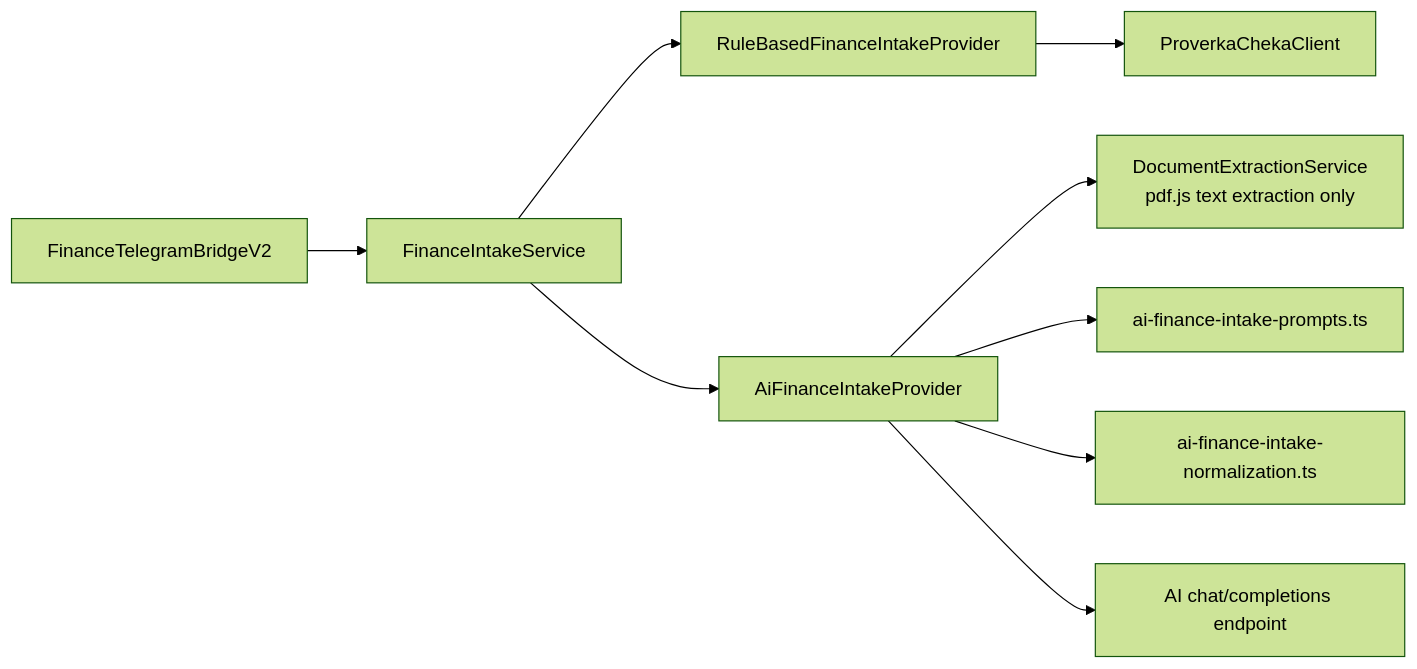
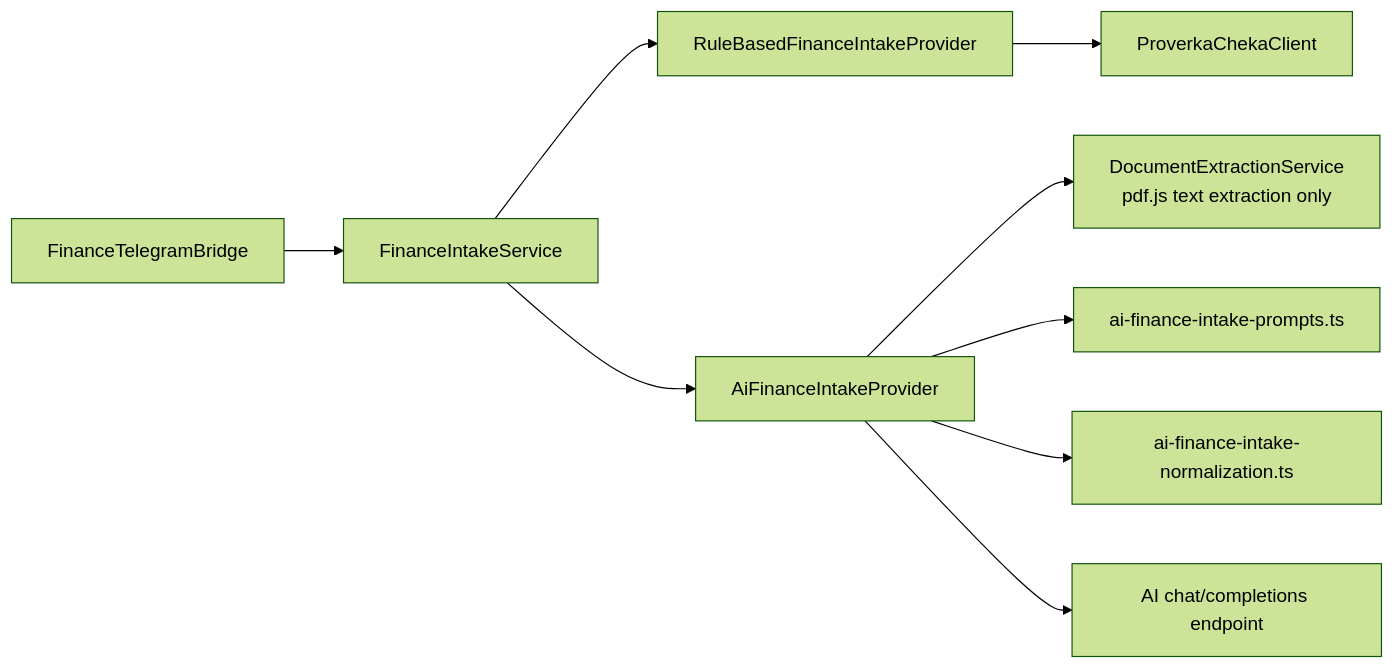
The first of 4 diagrams in docs/ai-finance-intake-provider.md (Xoanis/obsidian-expense-manager), drawn with Mermaid (forest theme) before and after one commit. The commit also changed other lines of this file and 8 other files, not shown here.

````diff
--- a/docs/ai-finance-intake-provider.md
+++ b/docs/ai-finance-intake-provider.md
@@ -31,11 +31,11 @@
 ```mermaid
 flowchart LR
-    TG["FinanceTelegramBridgeV2"] --> FI["FinanceIntakeService"]
+TG["FinanceTelegramBridge"] --> FI["FinanceIntakeService"]
     FI --> RP["RuleBasedFinanceIntakeProvider"]
     FI --> AP["AiFinanceIntakeProvider"]
     AP --> DX["DocumentExtractionService<br/>pdf.js text extraction only"]
     AP --> PR["ai-finance-intake-prompts.ts"]
     AP --> NM["ai-finance-intake-normalization.ts"]
     AP --> AI["AI chat/completions endpoint"]
     RP --> QR["ProverkaChekaClient"]
 ```
````
